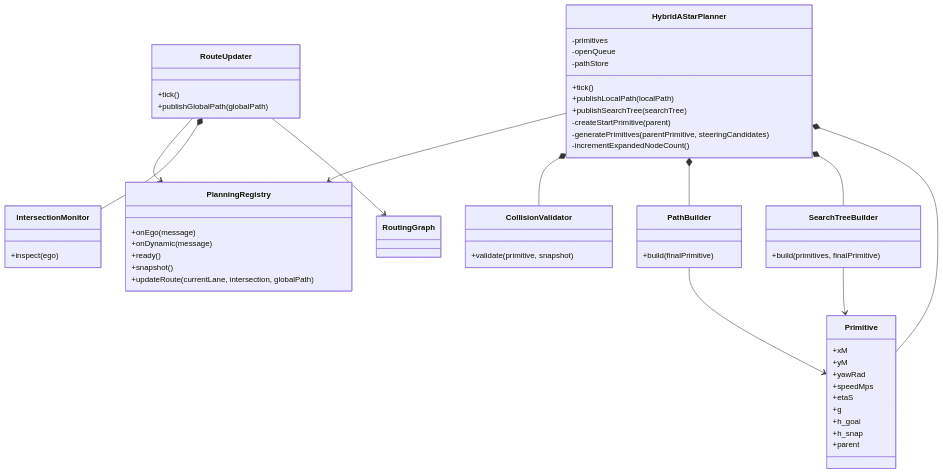
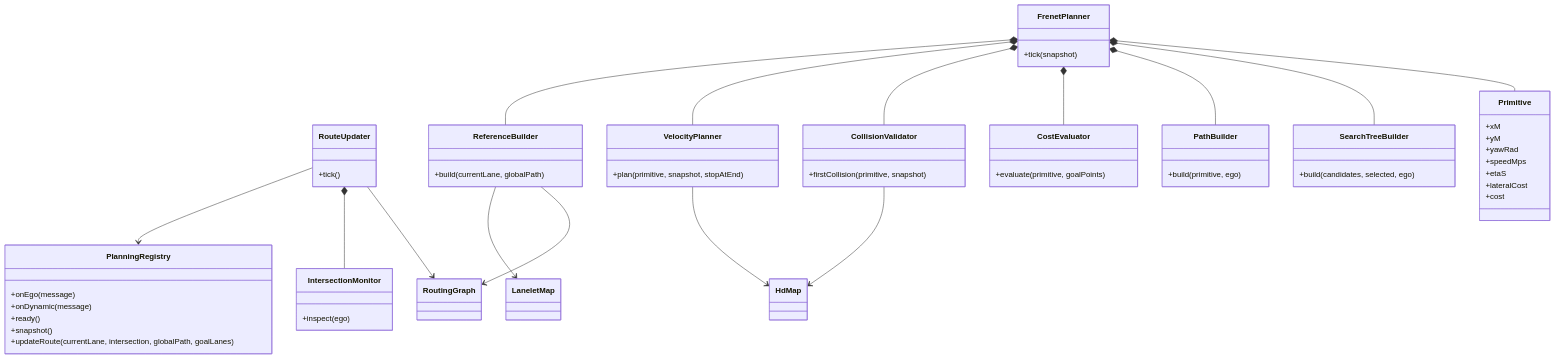
Before and after one commit to Team-Stier/HL-FMA2026-sim-stier: the first of 2 diagrams in src/path_planner/README.md, drawn with Mermaid. The commit also changed other lines of this file and 4 other files, not shown here.

````diff
--- a/src/path_planner/README.md
+++ b/src/path_planner/README.md
@@ -127,66 +125,43 @@
 ```mermaid
 classDiagram
     class PlanningRegistry {
         +onEgo(message)
         +onDynamic(message)
         +ready()
         +snapshot()
-        +updateRoute(currentLane, intersection, globalPath)
+        +updateRoute(currentLane, intersection, globalPath, goalLanes)
     }
-
-    class RouteUpdater {
-        +tick()
-        +publishGlobalPath(globalPath)
-    }
-
-    class IntersectionMonitor {
-        +inspect(ego)
-    }
-
-    class HybridAStarPlanner {
-        +tick()
-        +publishLocalPath(localPath)
-        +publishSearchTree(searchTree)
-        -createStartPrimitive(parent)
-        -generatePrimitives(parentPrimitive, steeringCandidates)
-        -incrementExpandedNodeCount()
-        -primitives
-        -openQueue
-        -pathStore
-    }
-
+    class RouteUpdater { +tick() }
+    class IntersectionMonitor { +inspect(ego) }
+    class FrenetPlanner { +tick(snapshot) }
+    class ReferenceBuilder { +build(currentLane, globalPath) }
+    class VelocityPlanner { +plan(primitive, snapshot, stopAtEnd) }
+    class CollisionValidator { +firstCollision(primitive, snapshot) }
+    class CostEvaluator { +evaluate(primitive, goalPoints) }
     class Primitive {
         +xM
         +yM
         +yawRad
         +speedMps
         +etaS
-        +g
-        +h_goal
-        +h_snap
-        +parent
+        +lateralCost
+        +cost
     }
-
-    class CollisionValidator {
-        +validate(primitive, snapshot)
-    }
-
-    class PathBuilder {
-        +build(finalPrimitive)
-    }
-
-    class SearchTreeBuilder {
-        +build(primitives, finalPrimitive)
-    }
+    class PathBuilder { +build(primitive, ego) }
+    class SearchTreeBuilder { +build(candidates, selected, ego) }
 
     RouteUpdater --> PlanningRegistry
     RouteUpdater *-- IntersectionMonitor
     RouteUpdater --> RoutingGraph
-    HybridAStarPlanner --> PlanningRegistry
-    HybridAStarPlanner *-- CollisionValidator
-    HybridAStarPlanner *-- PathBuilder
-    HybridAStarPlanner *-- SearchTreeBuilder
-    HybridAStarPlanner *-- Primitive
-    PathBuilder --> Primitive
-    SearchTreeBuilder --> Primitive
+    FrenetPlanner *-- ReferenceBuilder
+    FrenetPlanner *-- VelocityPlanner
+    FrenetPlanner *-- CollisionValidator
+    FrenetPlanner *-- CostEvaluator
+    FrenetPlanner *-- PathBuilder
+    FrenetPlanner *-- SearchTreeBuilder
+    FrenetPlanner *-- Primitive
+    ReferenceBuilder --> LaneletMap
+    ReferenceBuilder --> RoutingGraph
+    VelocityPlanner --> HdMap
+    CollisionValidator --> HdMap
 ```
````
